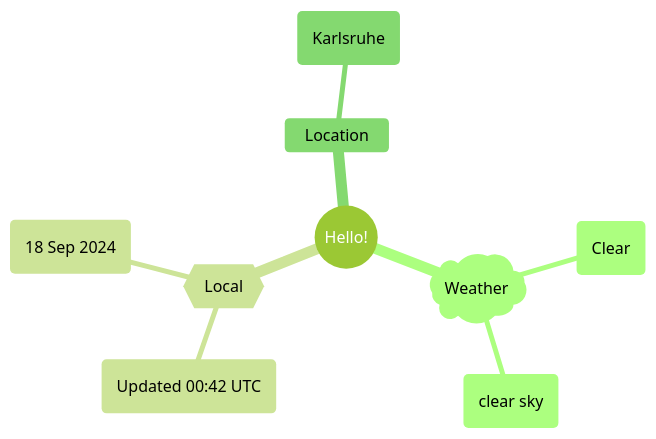
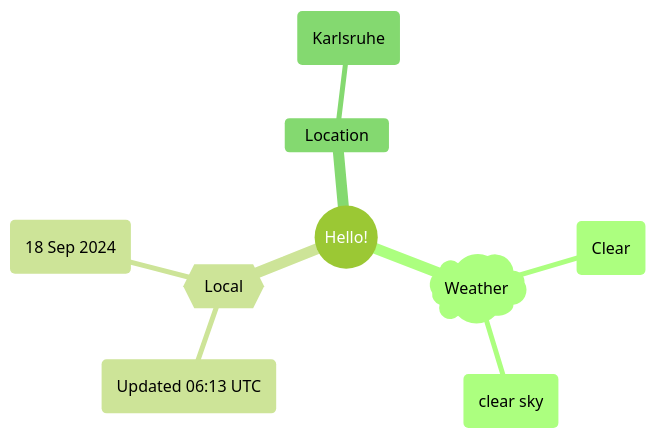
One commit to Xosrov/Xosrov changed the first of 2 diagrams in README.md. Above: the diagram before and after it, drawn with Mermaid (forest theme).

Commit message:
[bot] updated images

````diff
--- a/README.md
+++ b/README.md
@@ -3,12 +3,12 @@
 ```mermaid
 mindmap
   root((Hello!))
     )Weather(
         (Clear)
         (clear sky)
     {{Local}}
-        (Updated 00:42 UTC)
+        (Updated 06:13 UTC)
         (18 Sep 2024)
     Location
         (Karlsruhe)
 ```
````
